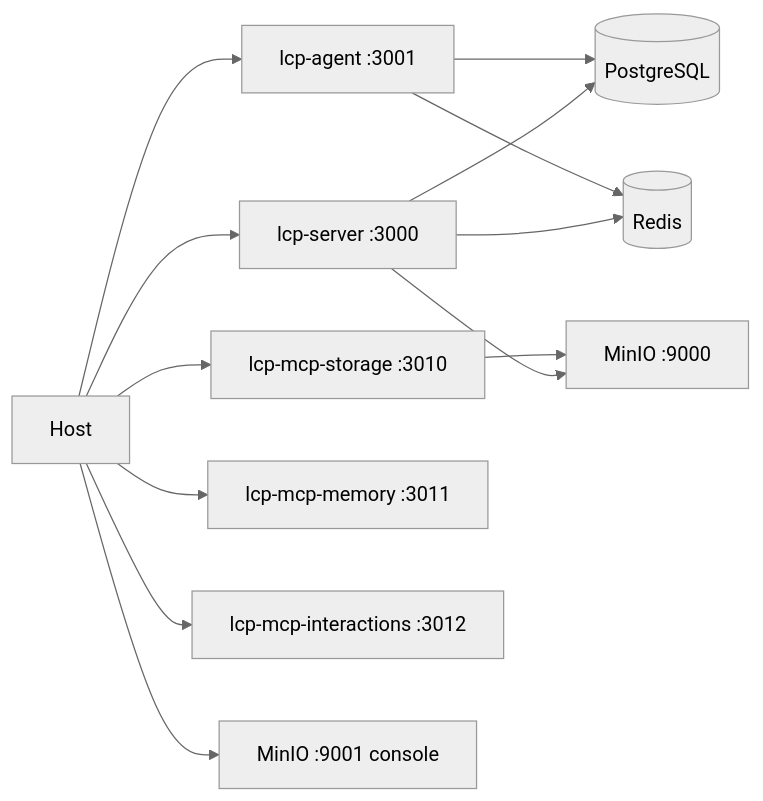
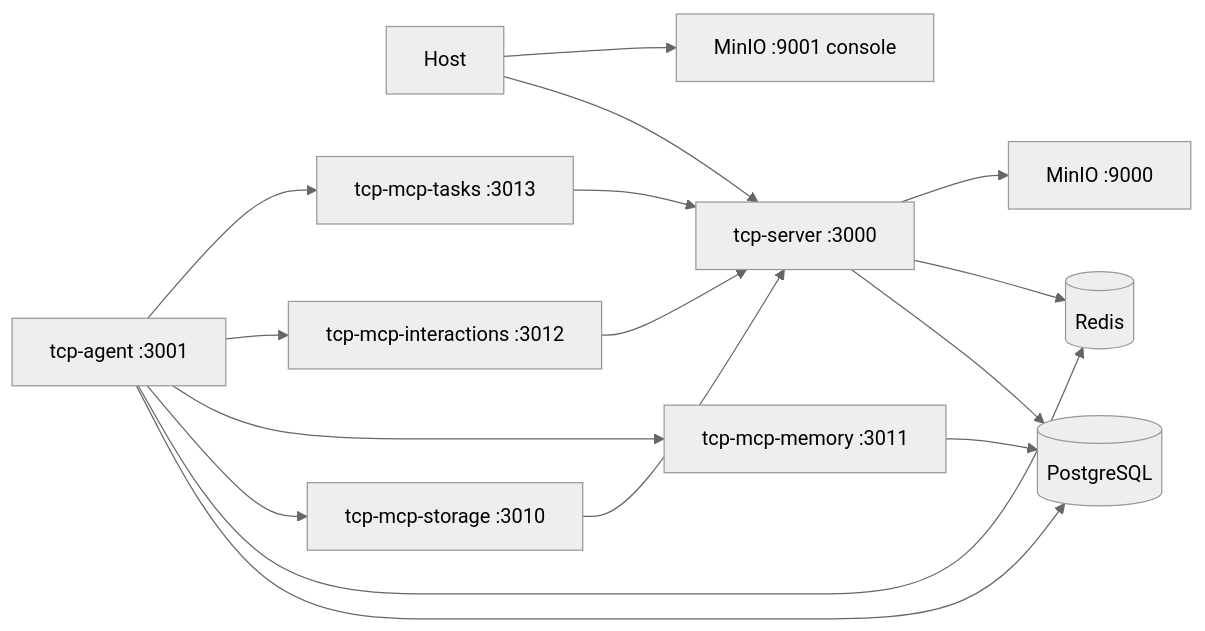
Before and after one commit to instantiator/tcp-server: the diagram in docs/manual-testing/01-infrastructure.md, drawn with Mermaid (neutral theme). The commit also changed other lines of this file and 1129 other files, not shown here.

````diff
--- a/docs/manual-testing/01-infrastructure.md
+++ b/docs/manual-testing/01-infrastructure.md
@@ -7,15 +7,19 @@
 ```mermaid
 graph LR
-    H[Host] --> S[lcp-server :3000]
-    H --> A[lcp-agent :3001]
-    H --> MS[lcp-mcp-storage :3010]
-    H --> MM[lcp-mcp-memory :3011]
-    H --> MI[lcp-mcp-interactions :3012]
+    H[Host] --> S[tcp-server :3000]
     H --> MIO[MinIO :9001 console]
+    A[tcp-agent :3001]
     S --> PG[(PostgreSQL)]
     S --> RD[(Redis)]
     S --> MIO2[MinIO :9000]
     A --> PG
     A --> RD
-    MS --> MIO2
+    A --> MS[tcp-mcp-storage :3010]
+    A --> MM[tcp-mcp-memory :3011]
+    A --> MI[tcp-mcp-interactions :3012]
+    A --> MT[tcp-mcp-tasks :3013]
+    MS --> S
+    MI --> S
+    MT --> S
+    MM --> PG
 ```
````
